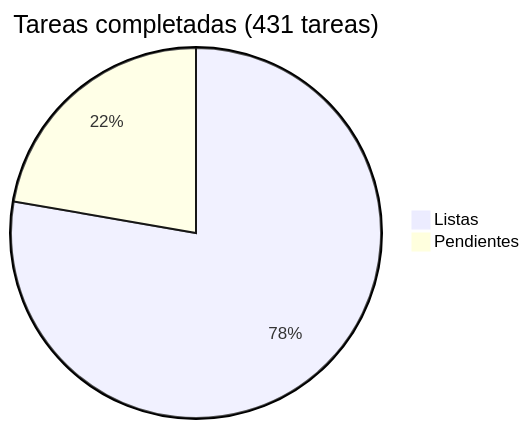
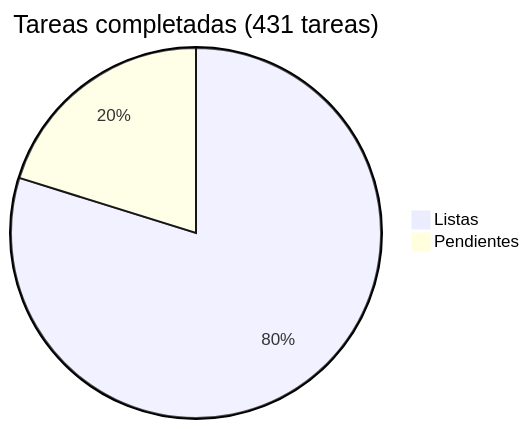
The diagram in docs/roadmap/README.md (araguaney-lat/araguaney), drawn with Mermaid before and after one commit. The commit also changed other lines of this file and 27 other files, not shown here.

````diff
--- a/docs/roadmap/README.md
+++ b/docs/roadmap/README.md
@@ -5,5 +5,5 @@
 ```mermaid
 pie title Tareas completadas (431 tareas)
-    "Listas" : 335
-    "Pendientes" : 96
+    "Listas" : 344
+    "Pendientes" : 87
 ```
````
